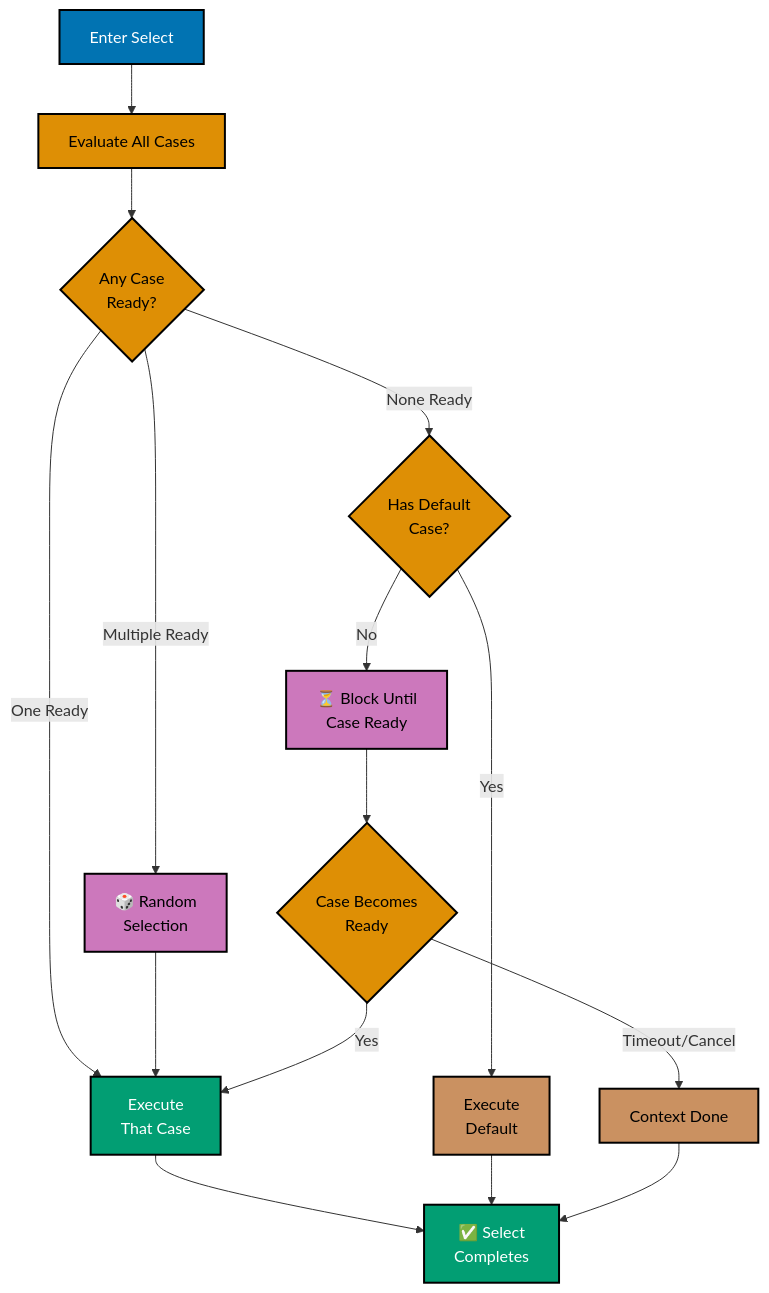
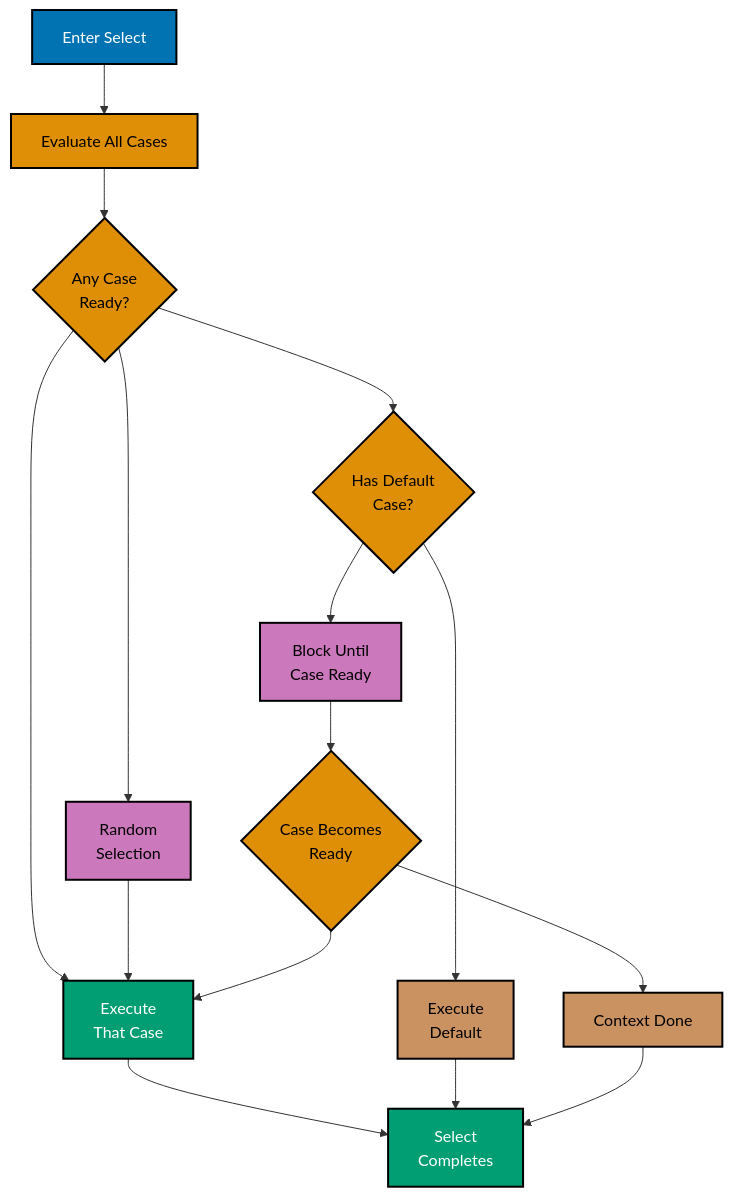
The sixth of 11 diagrams in docs/explanation/software-engineering/programming-languages/golang/concurrency-standards.md (wahidyankf/ose-primer), drawn with Mermaid before and after one commit. The commit also changed other lines of this file and 11 other files, not shown here.

Commit message:
fix(docs): fix mermaid violations in golang/ docs (batch 3/10)

````diff
--- a/docs/explanation/software-engineering/programming-languages/golang/concurrency-standards.md
+++ b/docs/explanation/software-engineering/programming-languages/golang/concurrency-standards.md
@@ -573,32 +580,37 @@
 ```mermaid
 %% Color Palette: Blue #0173B2, Orange #DE8F05, Teal #029E73, Purple #CC78BC, Brown #CA9161
 %% All colors are color-blind friendly and meet WCAG AA contrast standards
 
 graph TD
-    A["Enter Select"]:::blue --> B["Evaluate All Cases"]:::orange
+    A["Enter Select"]:::blue
+    B["Evaluate All Cases"]:::orange
+    C{"Any Case<br/>Ready?"}:::orange
+    D["Random<br/>Selection"]:::purple
+    E["Execute<br/>That Case"]:::teal
+    F{"Has Default<br/>Case?"}:::orange
+    G["Execute<br/>Default"]:::brown
+    H["Block Until<br/>Case Ready"]:::purple
+    I{"Case Becomes<br/>Ready"}:::orange
+    J["Context Done"]:::brown
+    K["Select<br/>Completes"]:::teal
 
-    B --> C{"Any Case<br/>Ready?"}:::orange
-
-    C -->|"Multiple Ready"| D["🎲 Random<br/>Selection"]:::purple
-    C -->|"One Ready"| E["Execute<br/>That Case"]:::teal
-    C -->|"None Ready"| F{"Has Default<br/>Case?"}:::orange
-
+    A --> B --> C
+    C --> D
+    C --> E
+    C --> F
     D --> E
-
-    F -->|"Yes"| G["Execute<br/>Default"]:::brown
-    F -->|"No"| H["⏳ Block Until<br/>Case Ready"]:::purple
-
-    H --> I{"Case Becomes<br/>Ready"}:::orange
-    I -->|"Yes"| E
-    I -->|"Timeout/Cancel"| J["Context Done"]:::brown
-
-    E --> K["✅ Select<br/>Completes"]:::teal
+    F --> G
+    F --> H
+    H --> I
+    I --> E
+    I --> J
+    E --> K
     G --> K
     J --> K
 
     classDef blue fill:#0173B2,stroke:#000000,color:#FFFFFF,stroke-width:2px
     classDef orange fill:#DE8F05,stroke:#000000,color:#000000,stroke-width:2px
     classDef teal fill:#029E73,stroke:#000000,color:#FFFFFF,stroke-width:2px
     classDef purple fill:#CC78BC,stroke:#000000,color:#000000,stroke-width:2px
     classDef brown fill:#CA9161,stroke:#000000,color:#000000,stroke-width:2px
 ```
````
